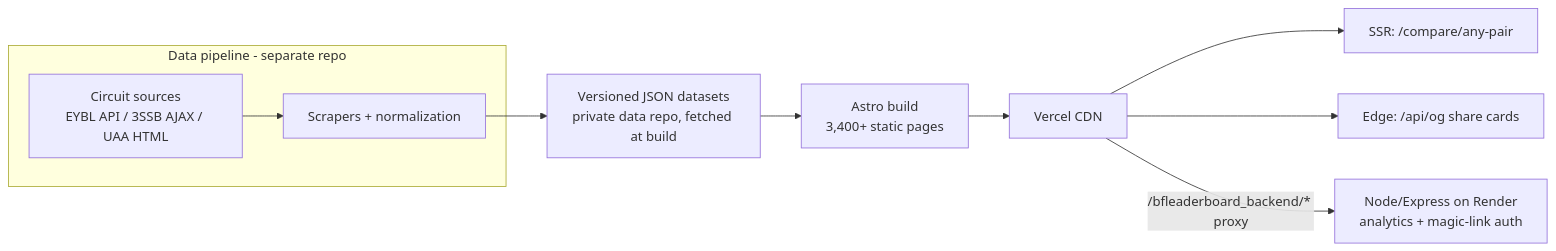
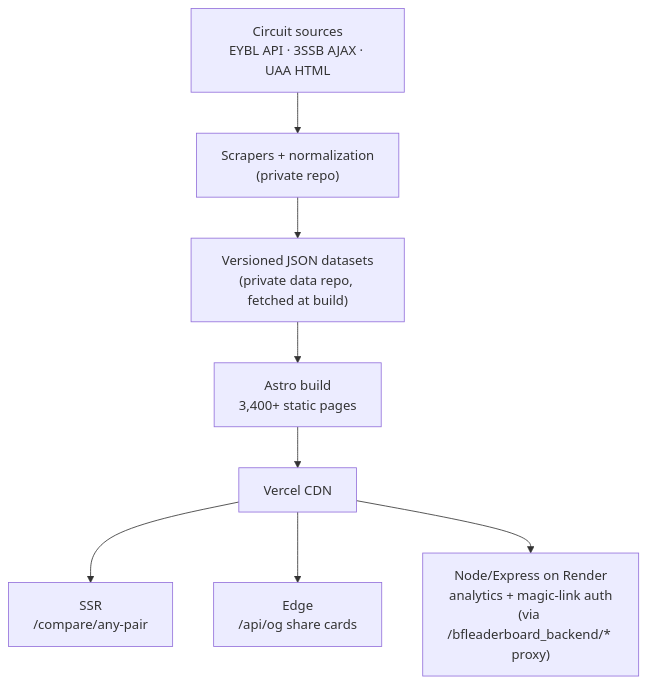
The diagram in README.md (EF08/circuitstats-astro), drawn with Mermaid before and after one commit.

Commit message:
README: top-down architecture diagram for readable GitHub rendering
Claude-Session: https://claude.ai/code/session_01QCcpWo1fyXRGZitR84TNph

````diff
--- a/README.md
+++ b/README.md
@@ -18,12 +18,10 @@
 ```mermaid
-flowchart LR
-    subgraph pipeline [Data pipeline - separate repo]
-        A[Circuit sources<br/>EYBL API / 3SSB AJAX / UAA HTML] --> B[Scrapers + normalization]
-    end
-    B --> C[Versioned JSON datasets<br/>private data repo, fetched at build]
-    C --> D[Astro build<br/>3,400+ static pages]
-    D --> E[Vercel CDN]
-    E --> F[SSR: /compare/any-pair]
-    E --> G[Edge: /api/og share cards]
-    E -->|/bfleaderboard_backend/* proxy| H[Node/Express on Render<br/>analytics + magic-link auth]
+flowchart TD
+    A["Circuit sources<br/>EYBL API · 3SSB AJAX · UAA HTML"] --> B["Scrapers + normalization<br/>(private repo)"]
+    B --> C["Versioned JSON datasets<br/>(private data repo, fetched at build)"]
+    C --> D["Astro build<br/>3,400+ static pages"]
+    D --> E["Vercel CDN"]
+    E --> F["SSR<br/>/compare/any-pair"]
+    E --> G["Edge<br/>/api/og share cards"]
+    E --> H["Node/Express on Render<br/>analytics + magic-link auth<br/>(via /bfleaderboard_backend/* proxy)"]
 ```
````
